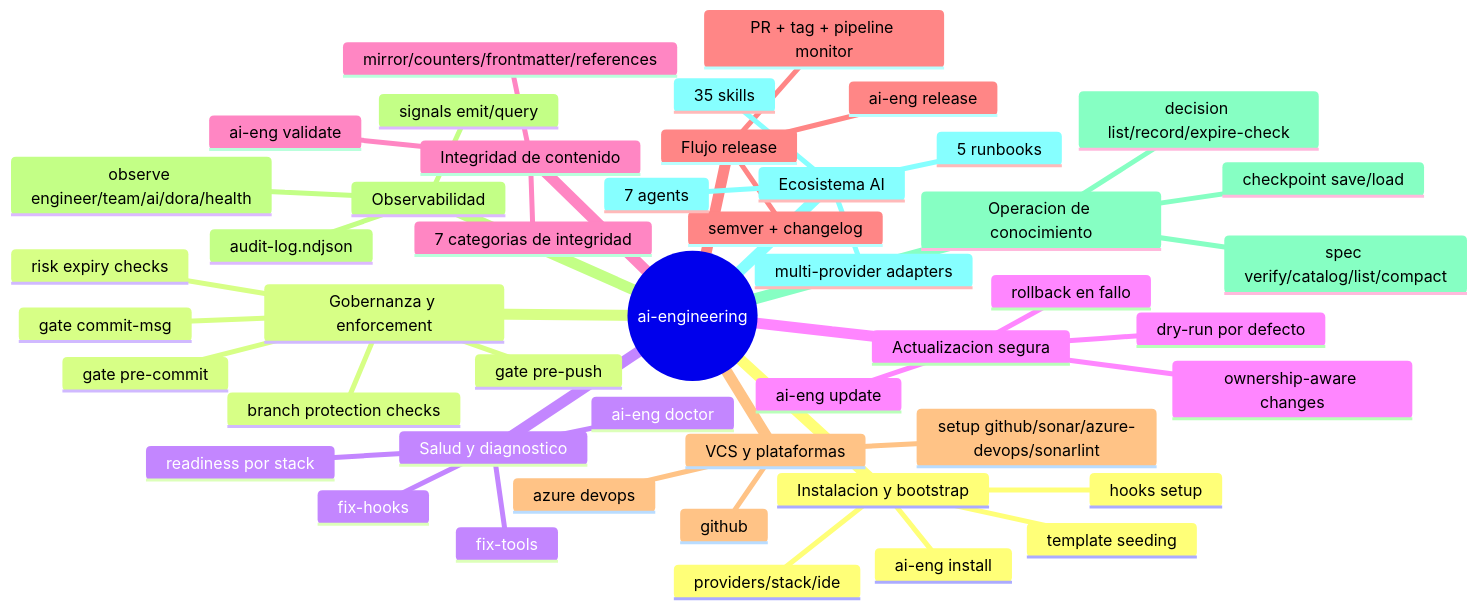
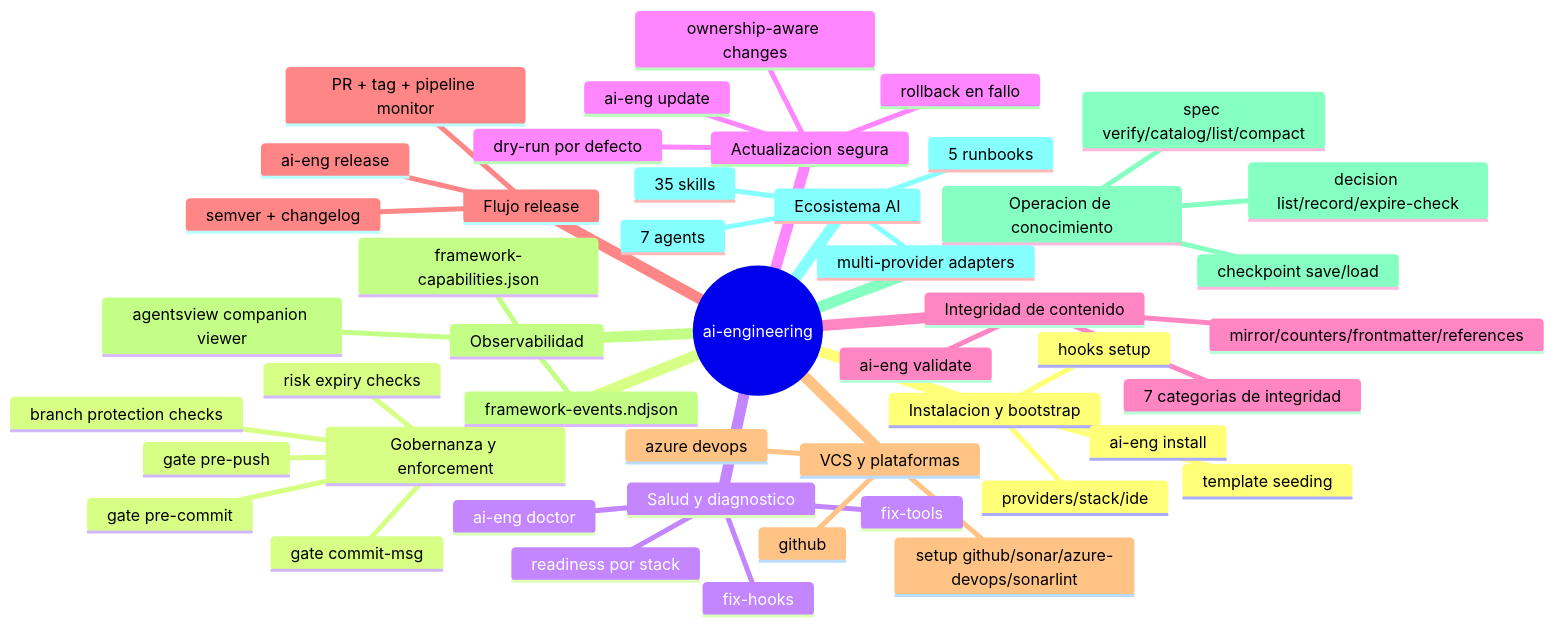
Before and after one commit to arcasilesgroup/ai-engineering: the fifth of 6 diagrams in docs/ai-engineering-auditoria-diagramas.md, drawn with Mermaid. The commit also changed other lines of this file and 679 other files, not shown here.

````diff
--- a/docs/ai-engineering-auditoria-diagramas.md
+++ b/docs/ai-engineering-auditoria-diagramas.md
@@ -197,50 +200,50 @@
 ```mermaid
 mindmap
   root((ai-engineering))
     Instalacion y bootstrap
       ai-eng install
       providers/stack/ide
       template seeding
       hooks setup
     Gobernanza y enforcement
       gate pre-commit
       gate commit-msg
       gate pre-push
       branch protection checks
       risk expiry checks
     Salud y diagnostico
       ai-eng doctor
       fix-hooks
       fix-tools
       readiness por stack
     Actualizacion segura
       ai-eng update
       ownership-aware changes
       dry-run por defecto
       rollback en fallo
     Integridad de contenido
       ai-eng validate
       7 categorias de integridad
       mirror/counters/frontmatter/references
     Flujo release
       ai-eng release
       semver + changelog
       PR + tag + pipeline monitor
     VCS y plataformas
       github
       azure devops
       setup github/sonar/azure-devops/sonarlint
     Observabilidad
-      signals emit/query
-      observe engineer/team/ai/dora/health
-      audit-log.ndjson
+      framework-events.ndjson
+      framework-capabilities.json
+      agentsview companion viewer
     Operacion de conocimiento
       spec verify/catalog/list/compact
       decision list/record/expire-check
       checkpoint save/load
     Ecosistema AI
       35 skills
       7 agents
       5 runbooks
       multi-provider adapters
 ```
````
